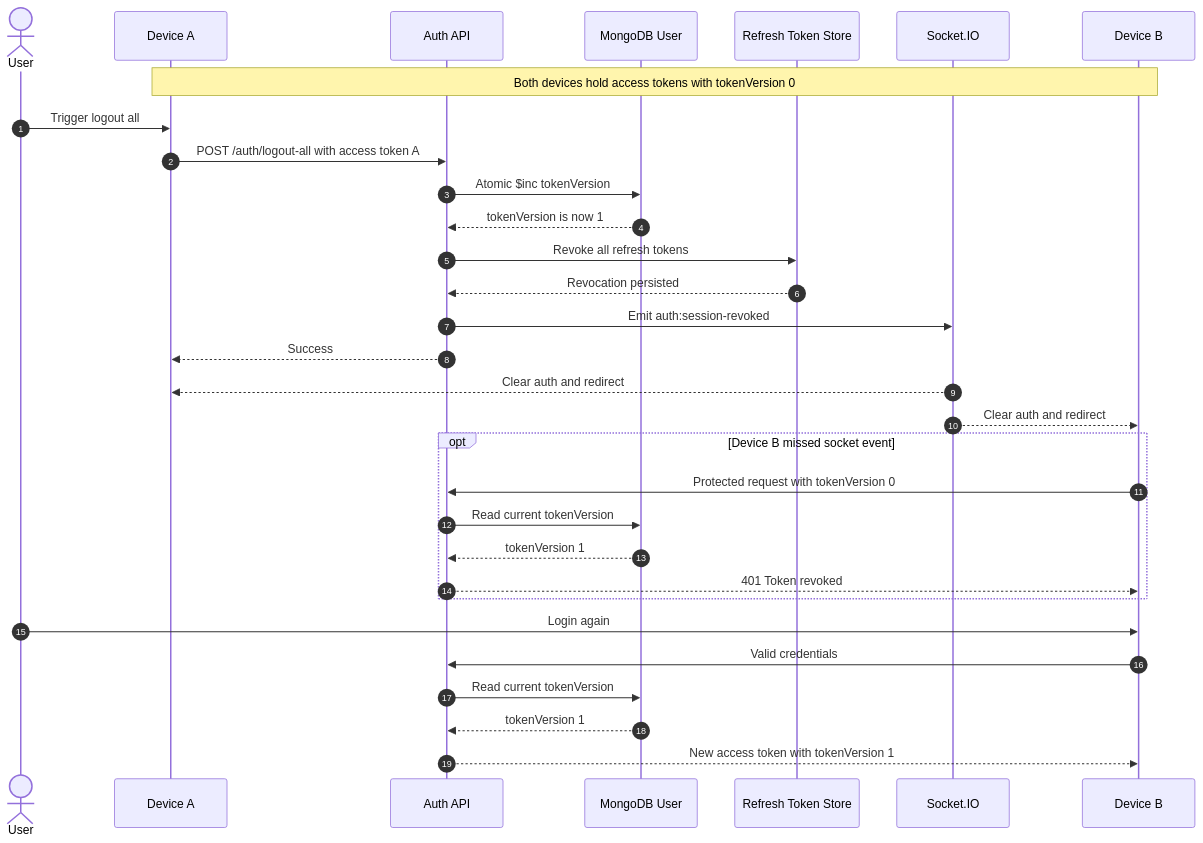
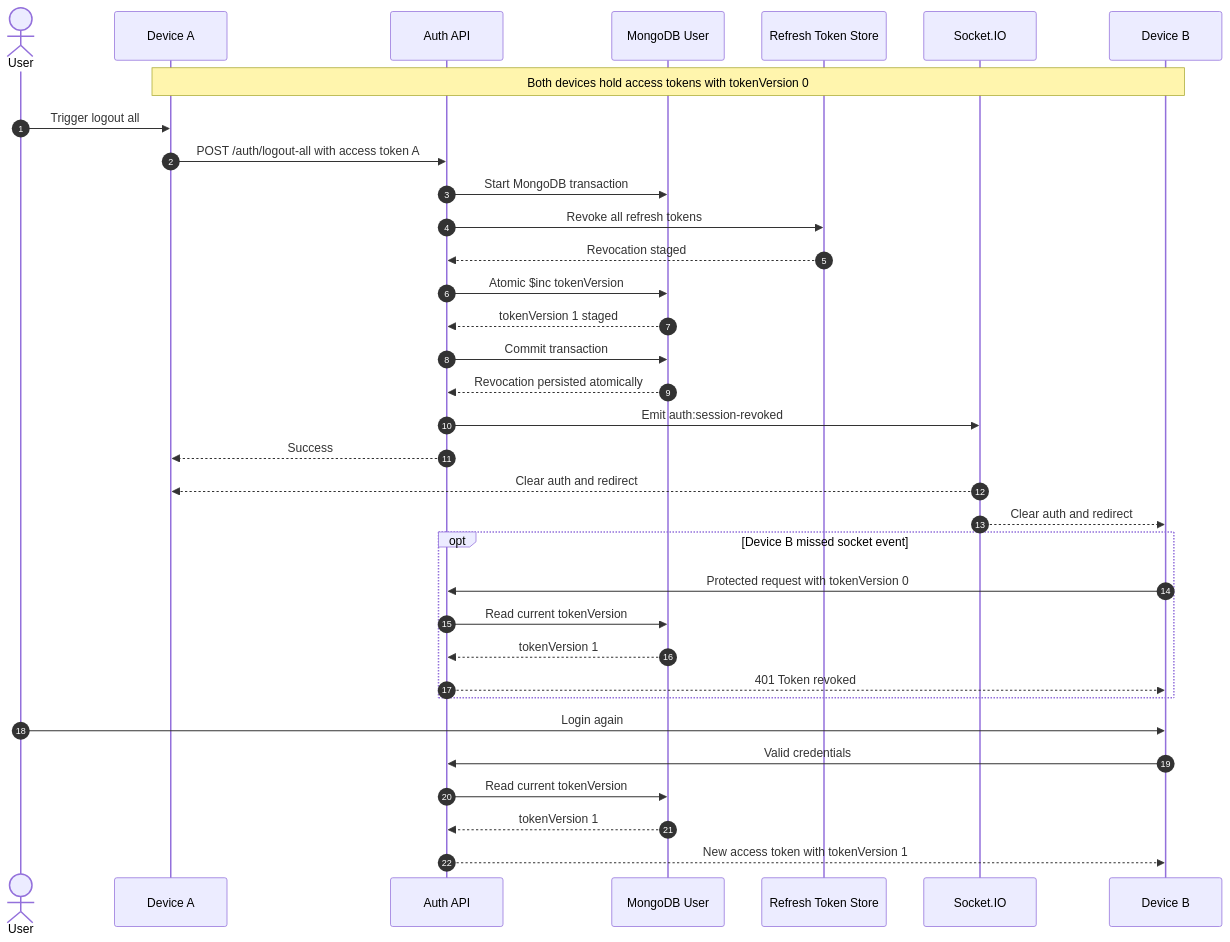
One commit to giahuyduongdev/finsight-app changed the diagram in docs/specs/access-token-hard-revocation/sequence.mmd. Above: the diagram before and after it, drawn with Mermaid. The commit also changed 26 other files, not shown here.

First line of the commit message:
feat(auth): enforce token version session revocation

```diff
--- a/docs/specs/access-token-hard-revocation/sequence.mmd
+++ b/docs/specs/access-token-hard-revocation/sequence.mmd
@@ -1,34 +1,37 @@
 sequenceDiagram
   autonumber
   actor User
   participant DeviceA as Device A
   participant AuthAPI as Auth API
   participant UserDB as MongoDB User
   participant TokenDB as Refresh Token Store
   participant Socket as Socket.IO
   participant DeviceB as Device B
 
   Note over DeviceA,DeviceB: Both devices hold access tokens with tokenVersion 0
   User->>DeviceA: Trigger logout all
   DeviceA->>AuthAPI: POST /auth/logout-all with access token A
+  AuthAPI->>UserDB: Start MongoDB transaction
+  AuthAPI->>TokenDB: Revoke all refresh tokens
+  TokenDB-->>AuthAPI: Revocation staged
   AuthAPI->>UserDB: Atomic $inc tokenVersion
-  UserDB-->>AuthAPI: tokenVersion is now 1
-  AuthAPI->>TokenDB: Revoke all refresh tokens
-  TokenDB-->>AuthAPI: Revocation persisted
+  UserDB-->>AuthAPI: tokenVersion 1 staged
+  AuthAPI->>UserDB: Commit transaction
+  UserDB-->>AuthAPI: Revocation persisted atomically
   AuthAPI->>Socket: Emit auth:session-revoked
   AuthAPI-->>DeviceA: Success
   Socket-->>DeviceA: Clear auth and redirect
   Socket-->>DeviceB: Clear auth and redirect
 
   opt Device B missed socket event
     DeviceB->>AuthAPI: Protected request with tokenVersion 0
     AuthAPI->>UserDB: Read current tokenVersion
     UserDB-->>AuthAPI: tokenVersion 1
     AuthAPI-->>DeviceB: 401 Token revoked
   end
 
   User->>DeviceB: Login again
   DeviceB->>AuthAPI: Valid credentials
   AuthAPI->>UserDB: Read current tokenVersion
   UserDB-->>AuthAPI: tokenVersion 1
   AuthAPI-->>DeviceB: New access token with tokenVersion 1
```
